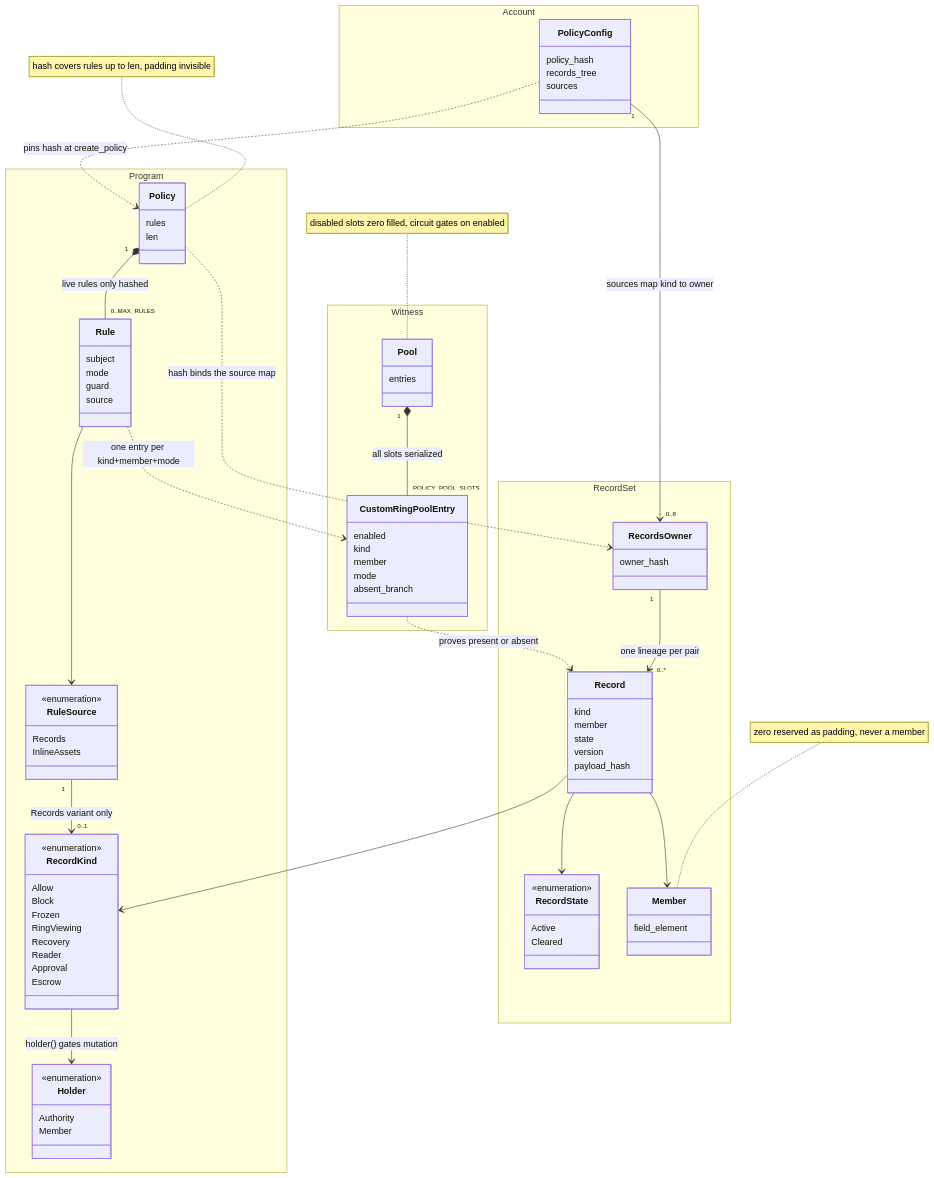
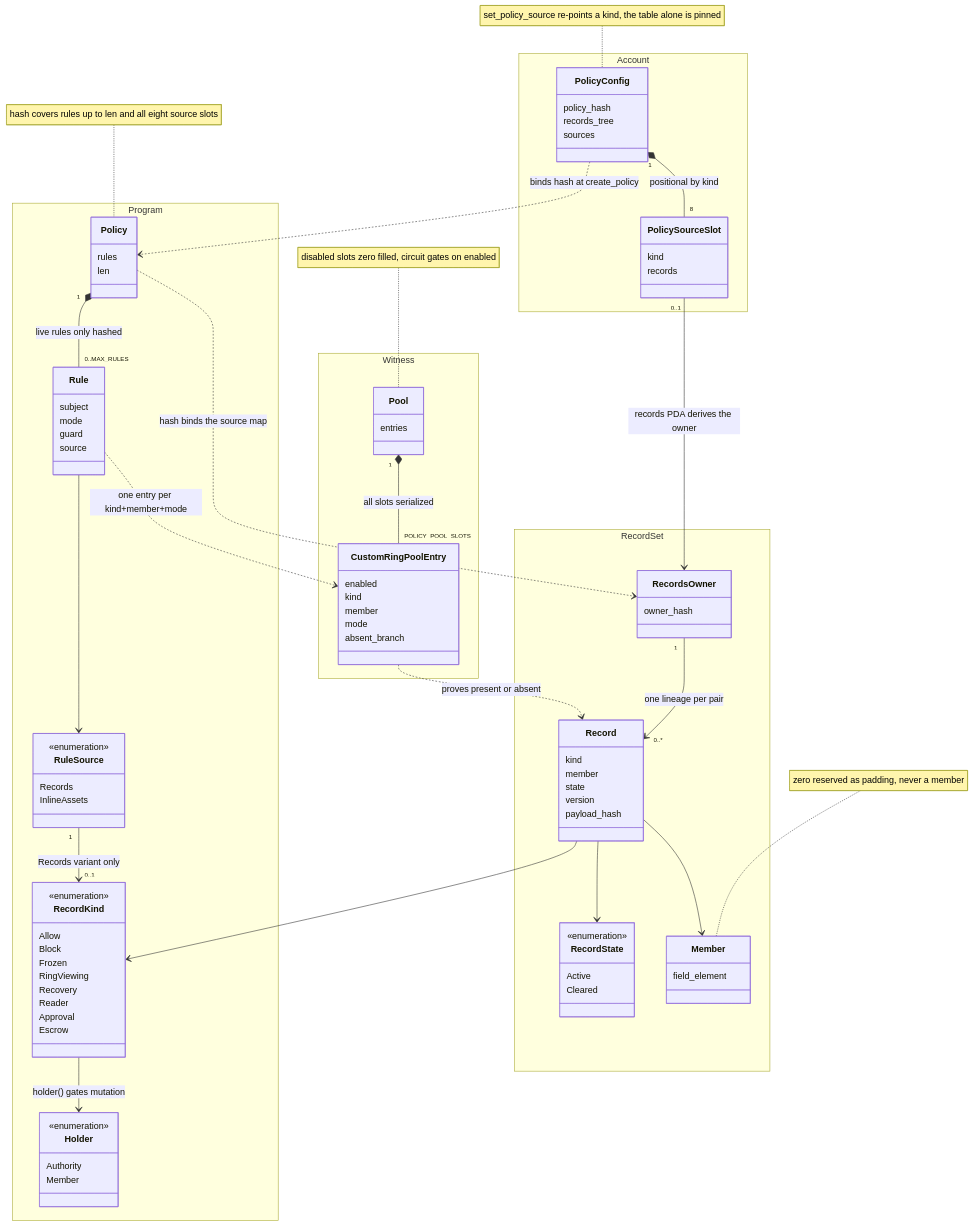
The diagram in docs/diagrams/ring-policy-classes.mmd (helius-labs/zolana), drawn with Mermaid before and after one commit. The commit also changed 1 other file, not shown here.

Commit message:
docs: carry the source map into the domain and class diagrams

```diff
--- a/docs/diagrams/ring-policy-classes.mmd
+++ b/docs/diagrams/ring-policy-classes.mmd
@@ -1,94 +1,100 @@
 classDiagram
     direction TB
 
     namespace Account {
         class PolicyConfig {
             policy_hash
             records_tree
             sources
+        }
+        class PolicySourceSlot {
+            kind
+            records
         }
     }
     namespace Program {
         class Policy {
             rules
             len
         }
         class Rule {
             subject
             mode
             guard
             source
         }
         class RuleSource {
             <<enumeration>>
             Records
             InlineAssets
         }
         class RecordKind {
             <<enumeration>>
             Allow
             Block
             Frozen
             RingViewing
             Recovery
             Reader
             Approval
             Escrow
         }
         class Holder {
             <<enumeration>>
             Authority
             Member
         }
     }
     namespace RecordSet {
         class RecordsOwner {
             owner_hash
         }
         class Record {
             kind
             member
             state
             version
             payload_hash
         }
         class RecordState {
             <<enumeration>>
             Active
             Cleared
         }
         class Member {
             field_element
         }
     }
     namespace Witness {
         class Pool {
             entries
         }
         class CustomRingPoolEntry {
             enabled
             kind
             member
             mode
             absent_branch
         }
     }
 
-    PolicyConfig ..> Policy : pins hash at create_policy
-    PolicyConfig "1" --> "0..8" RecordsOwner : sources map kind to owner
+    PolicyConfig ..> Policy : binds hash at create_policy
+    PolicyConfig "1" *-- "8" PolicySourceSlot : positional by kind
+    PolicySourceSlot "0..1" --> RecordsOwner : records PDA derives the owner
     Policy ..> RecordsOwner : hash binds the source map
     Policy "1" *-- "0..MAX_RULES" Rule : live rules only hashed
     Rule --> RuleSource
     RuleSource "1" --> "0..1" RecordKind : Records variant only
     RecordKind --> Holder : holder() gates mutation
     Record --> RecordKind
     Record --> Member
     Record --> RecordState
     RecordsOwner "1" --> "0..*" Record : one lineage per pair
     Pool "1" *-- "POLICY_POOL_SLOTS" CustomRingPoolEntry : all slots serialized
     Rule ..> CustomRingPoolEntry : one entry per kind+member+mode
     CustomRingPoolEntry ..> Record : proves present or absent
 
-    note for Policy "hash covers rules up to len, padding invisible"
+    note for Policy "hash covers rules up to len and all eight source slots"
     note for Pool "disabled slots zero filled, circuit gates on enabled"
     note for Member "zero reserved as padding, never a member"
+    note for PolicyConfig "set_policy_source re-points a kind, the table alone is pinned"
```
